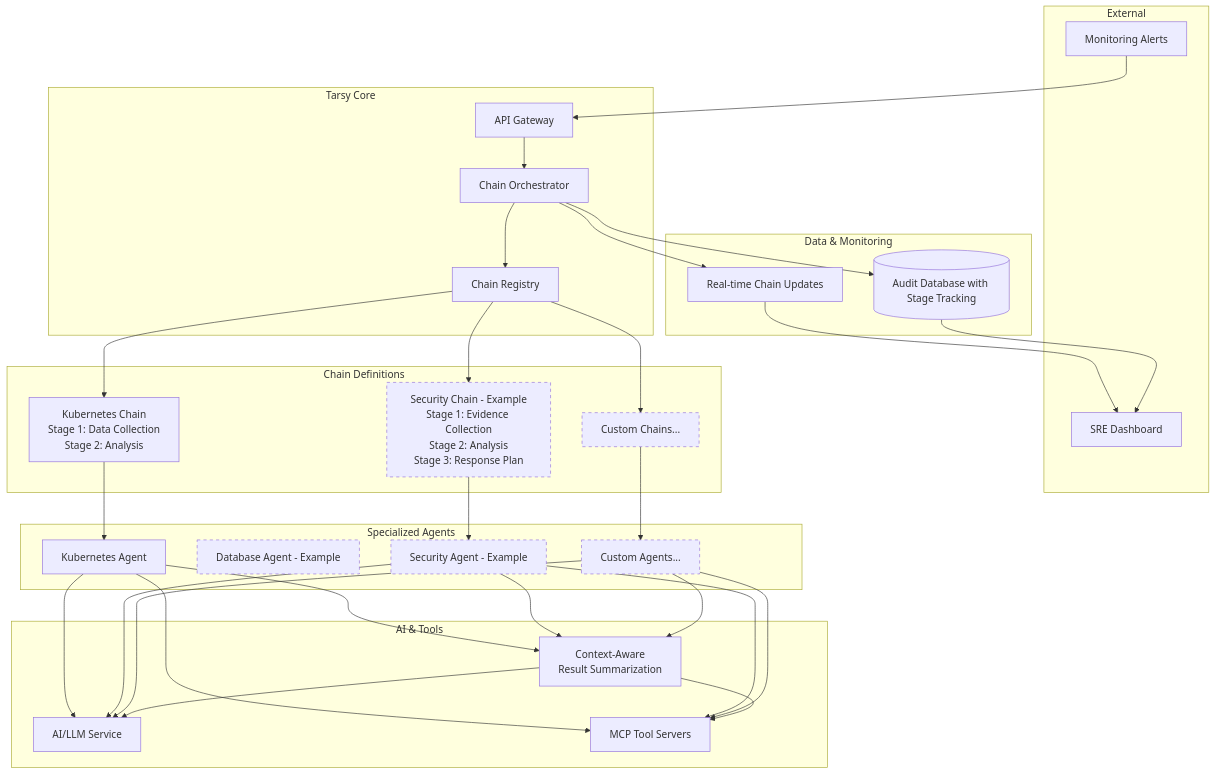
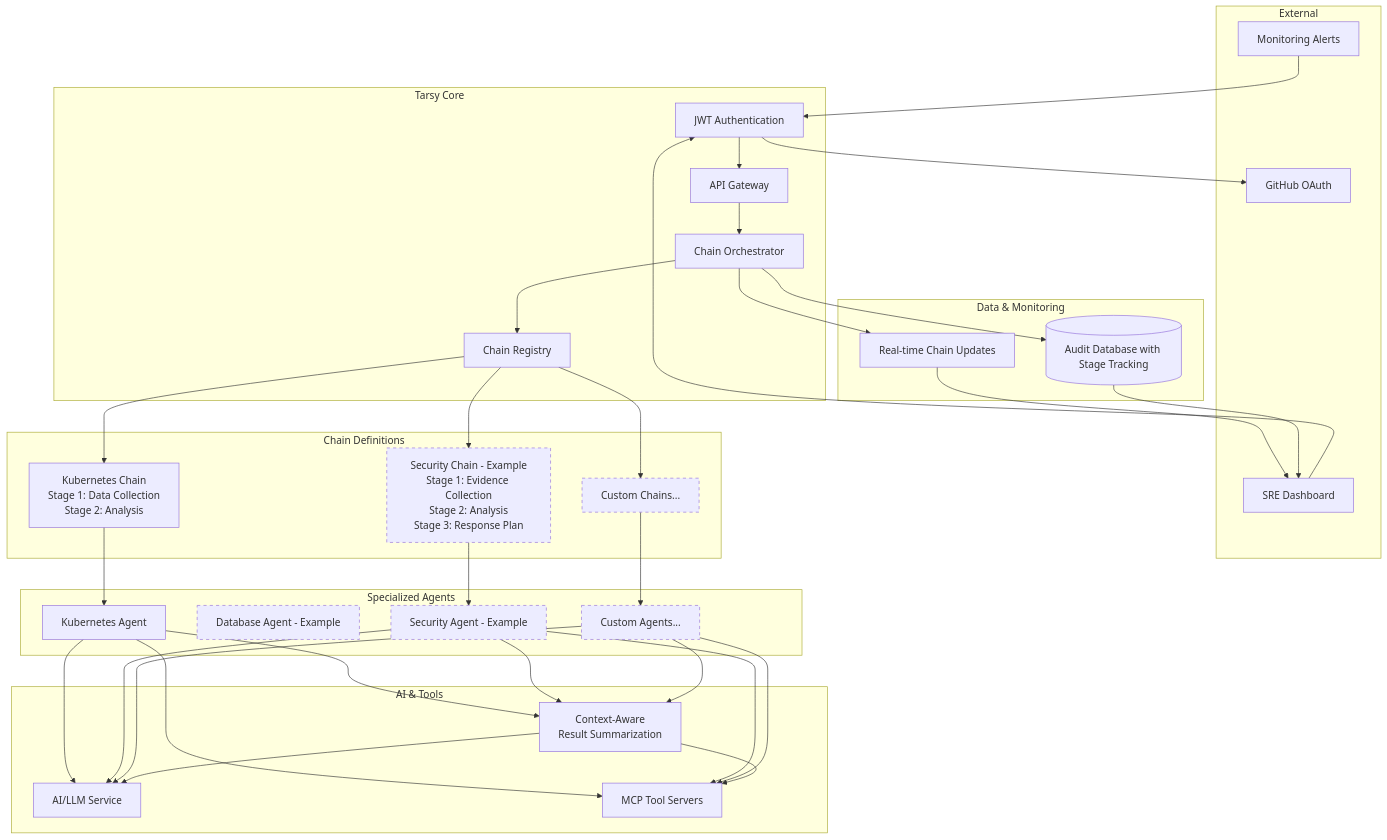
The fourth of 4 diagrams in docs/architecture-overview.md (codeready-toolchain/tarsy-bot), drawn with Mermaid before and after one commit. The commit also changed other lines of this file and 3 other files, not shown here.

````diff
--- a/docs/architecture-overview.md
+++ b/docs/architecture-overview.md
@@ -122,72 +124,77 @@
 ```mermaid
 graph TB
     subgraph "External"
         Alerts[Monitoring Alerts]
         SRE[SRE Dashboard]
+        GitHub[GitHub OAuth]
     end
     
     subgraph "Tarsy Core"
+        Auth[JWT Authentication]
         API[API Gateway]
         Orchestrator[Chain Orchestrator]
         ChainRegistry[Chain Registry]
     end
     
     subgraph "Chain Definitions"
         Chain1[Kubernetes Chain<br/>Stage 1: Data Collection<br/>Stage 2: Analysis]
         Chain2[Security Chain - Example<br/>Stage 1: Evidence Collection<br/>Stage 2: Analysis<br/>Stage 3: Response Plan]
         Chain3[Custom Chains...]
     end
     
     subgraph "Specialized Agents"
         K8s[Kubernetes Agent]
         DB[Database Agent - Example]
         Security[Security Agent - Example]
         Custom[Custom Agents...]
     end
     
     subgraph "AI & Tools"
         LLM[AI/LLM Service]
         MCP[MCP Tool Servers]
         Summarizer[Context-Aware<br/>Result Summarization]
     end
     
     subgraph "Data & Monitoring"
         History[(Audit Database with Stage Tracking)]
         WS[Real-time Chain Updates]
     end
     
-    Alerts --> API
+    Alerts --> Auth
+    SRE --> Auth
+    Auth --> GitHub
+    Auth --> API
     API --> Orchestrator
     Orchestrator --> ChainRegistry
     ChainRegistry --> Chain1
     ChainRegistry --> Chain2
     ChainRegistry --> Chain3
     
     Chain1 --> K8s
     Chain2 --> Security
     Chain3 --> Custom
     
     K8s --> LLM
     K8s --> MCP
     K8s --> Summarizer
     Security --> LLM
     Security --> MCP
     Security --> Summarizer
     Custom --> LLM
     Custom --> MCP
     Custom --> Summarizer
     
     Summarizer --> LLM
     Summarizer --> MCP
     
     Orchestrator --> History
     Orchestrator --> WS
     WS --> SRE
     History --> SRE
     
     style Chain2 stroke-dasharray: 5 5
     style Chain3 stroke-dasharray: 5 5
     style DB stroke-dasharray: 5 5
     style Security stroke-dasharray: 5 5
     style Custom stroke-dasharray: 5 5
 ```
````
